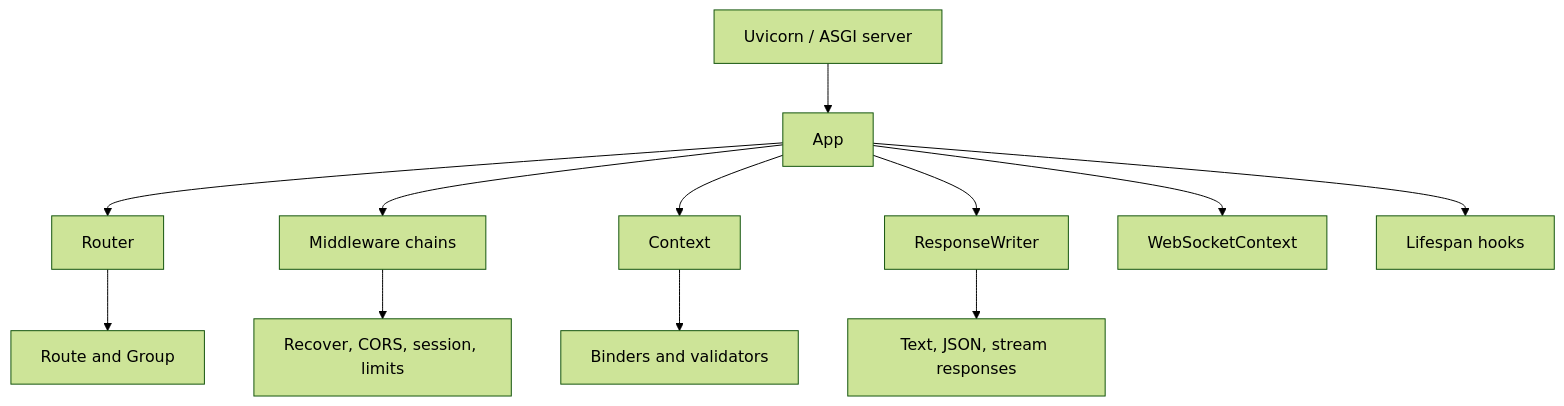
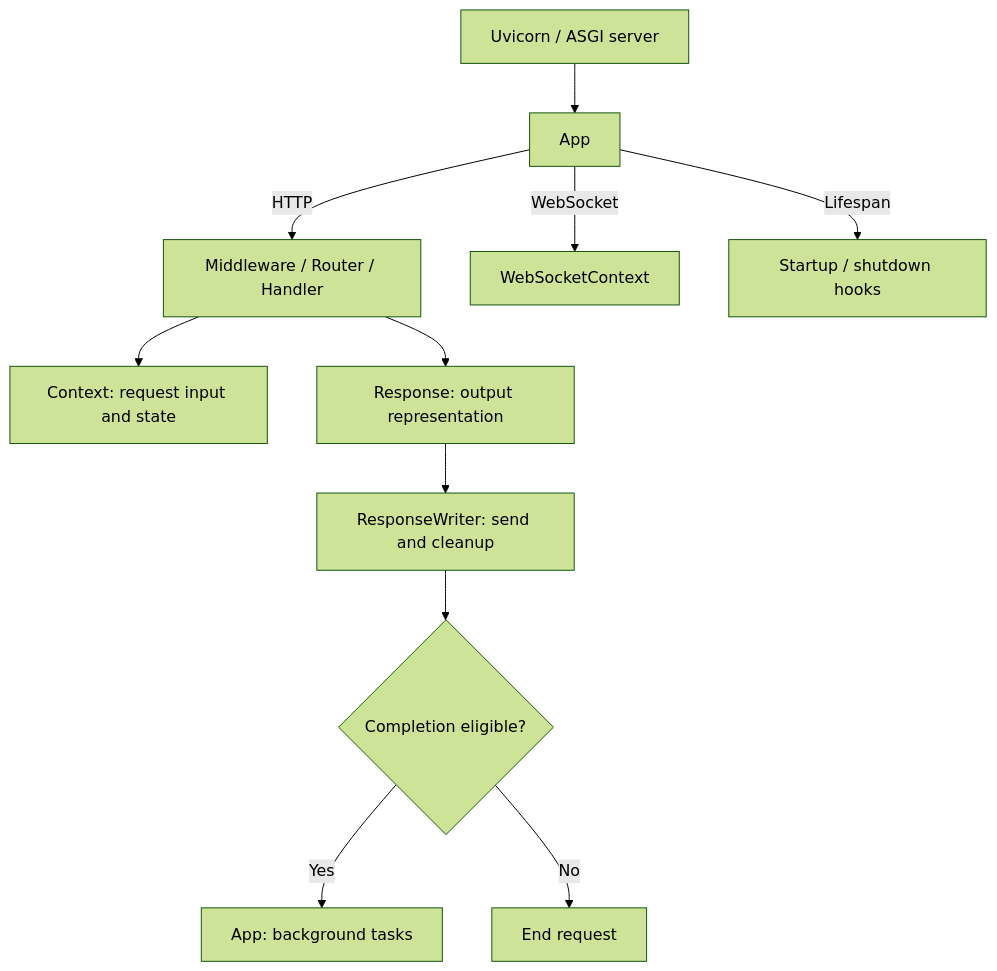
One commit to slime21023/lettia changed the diagram in README.md. Above: the diagram before and after it, drawn with Mermaid (forest theme). The commit also changed other lines of this file and 18 other files, not shown here.

Commit message:
Clarify architecture ownership and consolidate documentation

````diff
--- a/README.md
+++ b/README.md
@@ -73,14 +74,13 @@
 ```mermaid
 flowchart TD
     A["Uvicorn / ASGI server"] --> B["App"]
-    B --> C["Router"]
-    B --> D["Middleware chains"]
-    B --> E["Context"]
-    B --> F["ResponseWriter"]
-    C --> G["Route and Group"]
-    D --> H["Recover, CORS, session, limits"]
-    E --> I["Binders and validators"]
-    F --> J["Text, JSON, stream responses"]
-    B --> K["WebSocketContext"]
-    B --> L["Lifespan hooks"]
+    B -->|HTTP| C["Middleware / Router / Handler"]
+    C --> E["Context: request input and state"]
+    C --> R["Response: output representation"]
+    R --> F["ResponseWriter: send and cleanup"]
+    F --> G{"Completion eligible?"}
+    G -->|Yes| T["App: background tasks"]
+    G -->|No| End["End request"]
+    B -->|WebSocket| K["WebSocketContext"]
+    B -->|Lifespan| L["Startup / shutdown hooks"]
 ```
````
